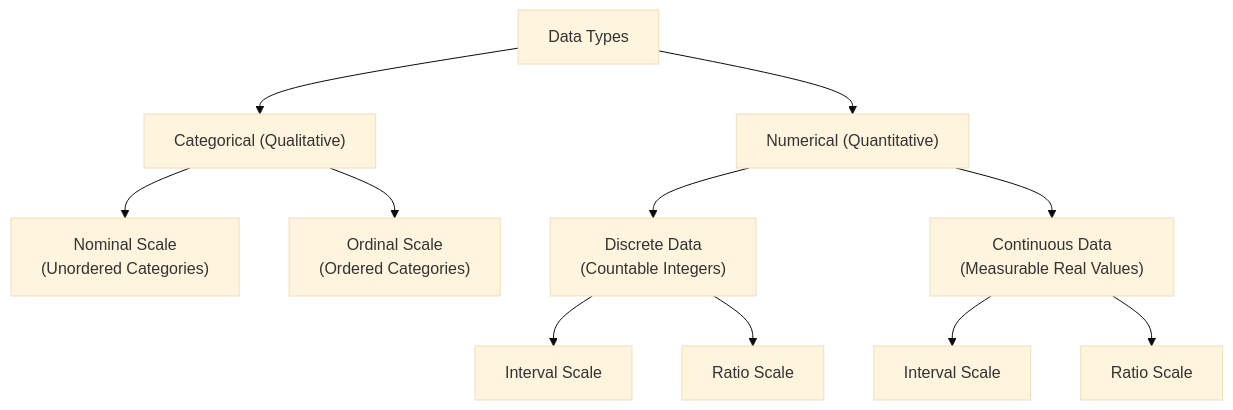
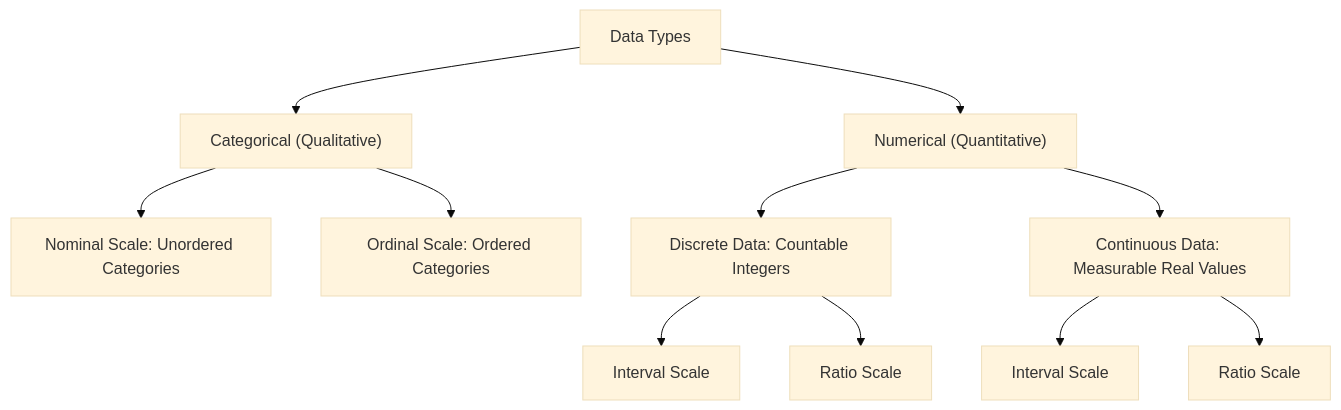
The diagram in notes/data_analysis/Chapter2_Types_of_Data.md (DeepLumiere/DeepSkills), drawn with Mermaid (base theme) before and after one commit. The commit also changed other lines of this file and 56 other files, not shown here.

````diff
--- a/notes/data_analysis/Chapter2_Types_of_Data.md
+++ b/notes/data_analysis/Chapter2_Types_of_Data.md
@@ -126,13 +126,13 @@
 ```mermaid
 flowchart TD
     Data["Data Types"] --> Qual["Categorical (Qualitative)"]
     Data --> Quant["Numerical (Quantitative)"]
-    Qual --> Nom["Nominal Scale<br/>(Unordered Categories)"]
-    Qual --> Ord["Ordinal Scale<br/>(Ordered Categories)"]
-    Quant --> Disc["Discrete Data<br/>(Countable Integers)"]
-    Quant --> Cont["Continuous Data<br/>(Measurable Real Values)"]
+    Qual --> Nom["Nominal Scale: Unordered Categories"]
+    Qual --> Ord["Ordinal Scale: Ordered Categories"]
+    Quant --> Disc["Discrete Data: Countable Integers"]
+    Quant --> Cont["Continuous Data: Measurable Real Values"]
     Disc --> Int1["Interval Scale"]
     Disc --> Rat1["Ratio Scale"]
     Cont --> Int2["Interval Scale"]
     Cont --> Rat2["Ratio Scale"]
 ```
````
